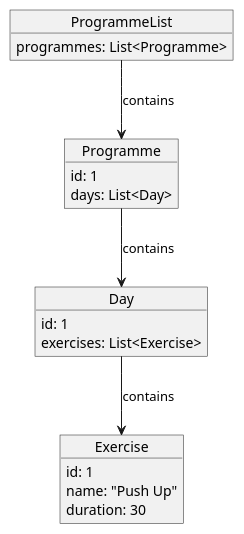
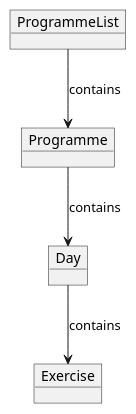
One commit to nus-cs2113-AY2425S1/tp changed the diagram in docs/diagrams/programmeModel.puml. Above: the diagram before and after it, drawn with PlantUML. The commit also changed 3 other files, not shown here.

```diff
--- a/docs/diagrams/programmeModel.puml
+++ b/docs/diagrams/programmeModel.puml
@@ -1,25 +1,20 @@
 @startuml
 object ProgrammeList {
-    programmes: List<Programme>
+
 }
 
 object Programme {
-    id: 1
-    days: List<Day>
+
 }
 
 object Day {
-    id: 1
-    exercises: List<Exercise>
+
 }
 
 object Exercise {
-    id: 1
-    name: "Push Up"
-    duration: 30
 }
 
 ProgrammeList --> Programme : contains
 Programme --> Day : contains
 Day --> Exercise : contains
 @enduml
```
